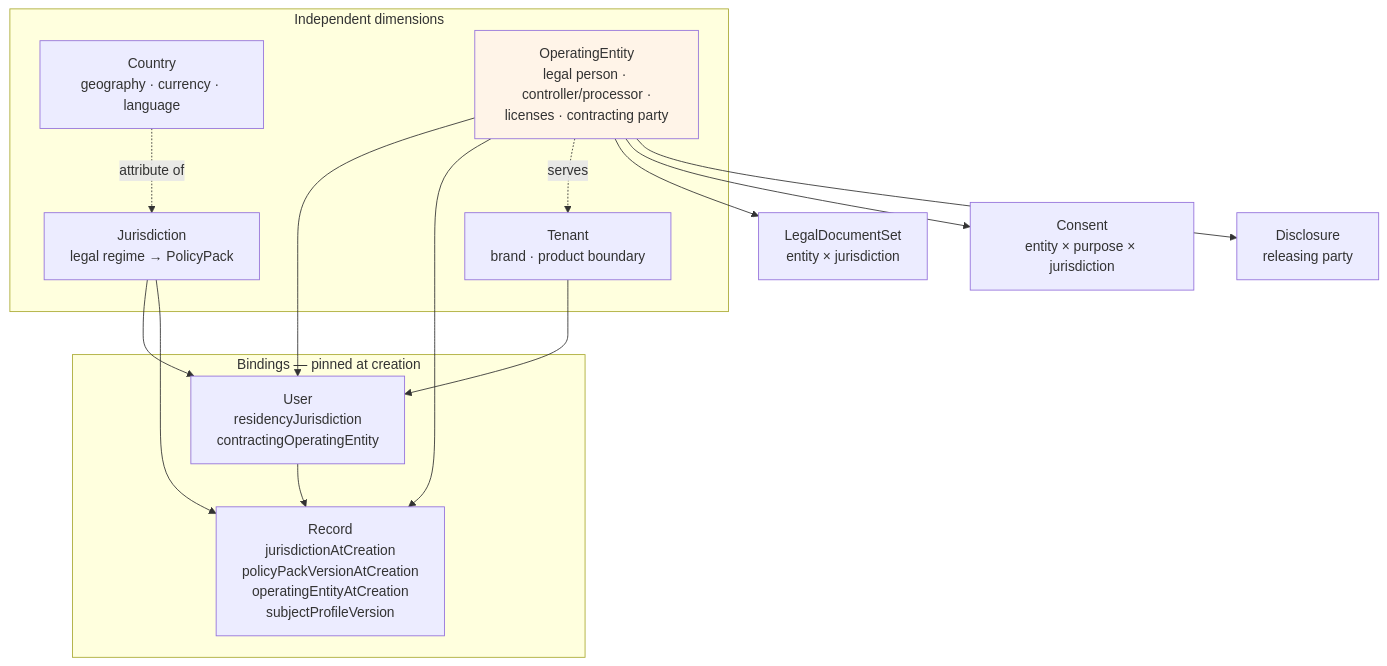
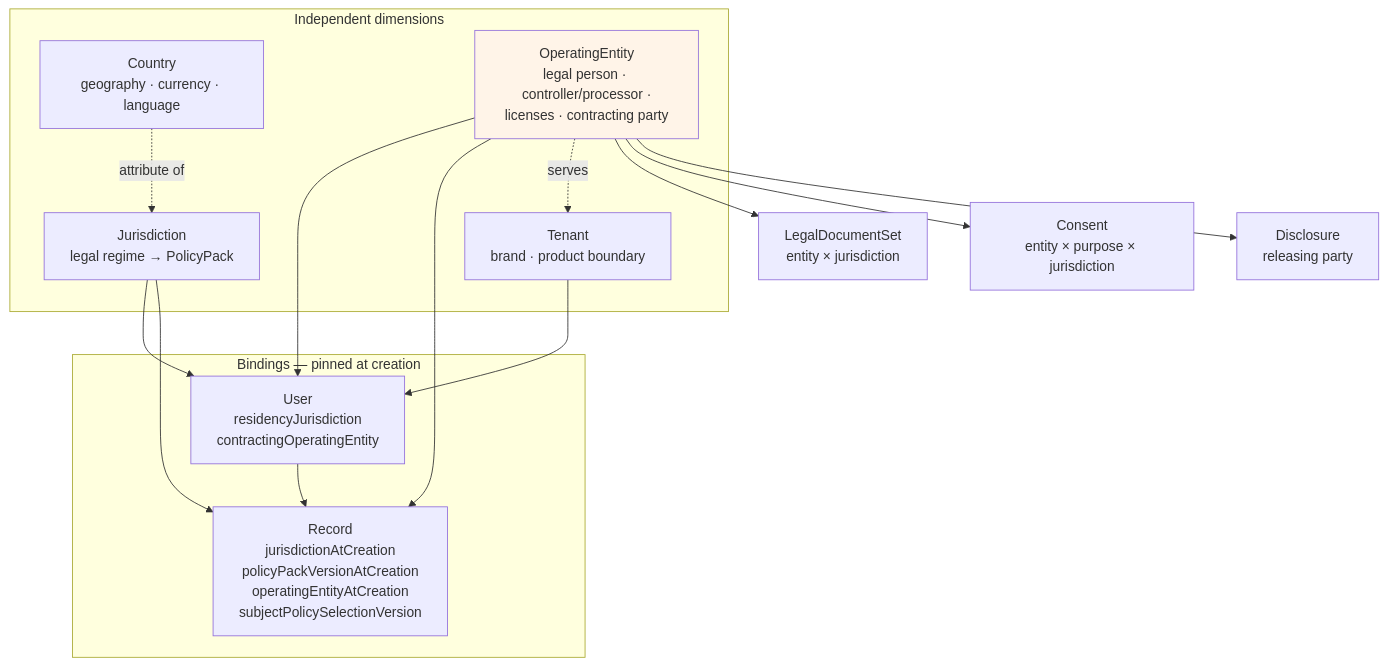
One commit to MoayadAlobaidi/Karar-Flutter-version changed the second of 2 diagrams in docs/architecture/operating-entity.md. Above: the diagram before and after it, drawn with Mermaid. The commit also changed 62 other files, not shown here.

````diff
--- a/docs/architecture/operating-entity.md
+++ b/docs/architecture/operating-entity.md
@@ -90,25 +90,25 @@
 ```mermaid
 graph TB
     subgraph "Independent dimensions"
         CO[Country<br/>geography · currency · language]
         JU[Jurisdiction<br/>legal regime → PolicyPack]
         OE[OperatingEntity<br/>legal person · controller/processor ·<br/>licenses · contracting party]
         TE[Tenant<br/>brand · product boundary]
     end
     subgraph "Bindings — pinned at creation"
         U[User<br/>residencyJurisdiction<br/>contractingOperatingEntity]
-        R[Record<br/>jurisdictionAtCreation<br/>policyPackVersionAtCreation<br/>operatingEntityAtCreation<br/>subjectProfileVersion]
+        R[Record<br/>jurisdictionAtCreation<br/>policyPackVersionAtCreation<br/>operatingEntityAtCreation<br/>subjectPolicySelectionVersion]
     end
     JU --> U
     OE --> U
     TE --> U
     U --> R
     JU --> R
     OE --> R
     OE -.serves.-> TE
     CO -.attribute of.-> JU
     OE --> LD[LegalDocumentSet<br/>entity × jurisdiction]
     OE --> CN[Consent<br/>entity × purpose × jurisdiction]
     OE --> DR[Disclosure<br/>releasing party]
     style OE fill:#fff4e8
 ```
````
